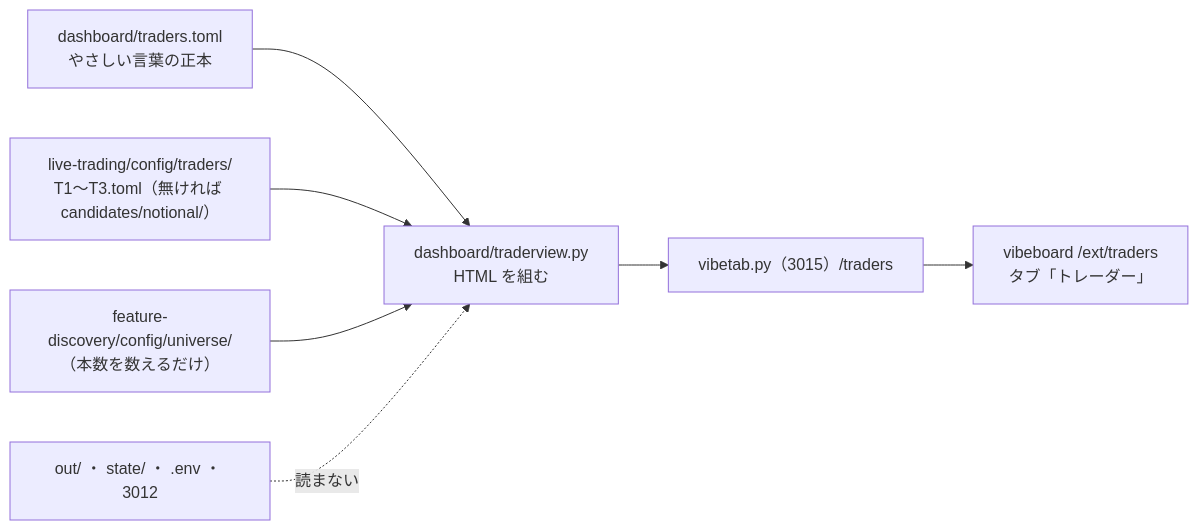
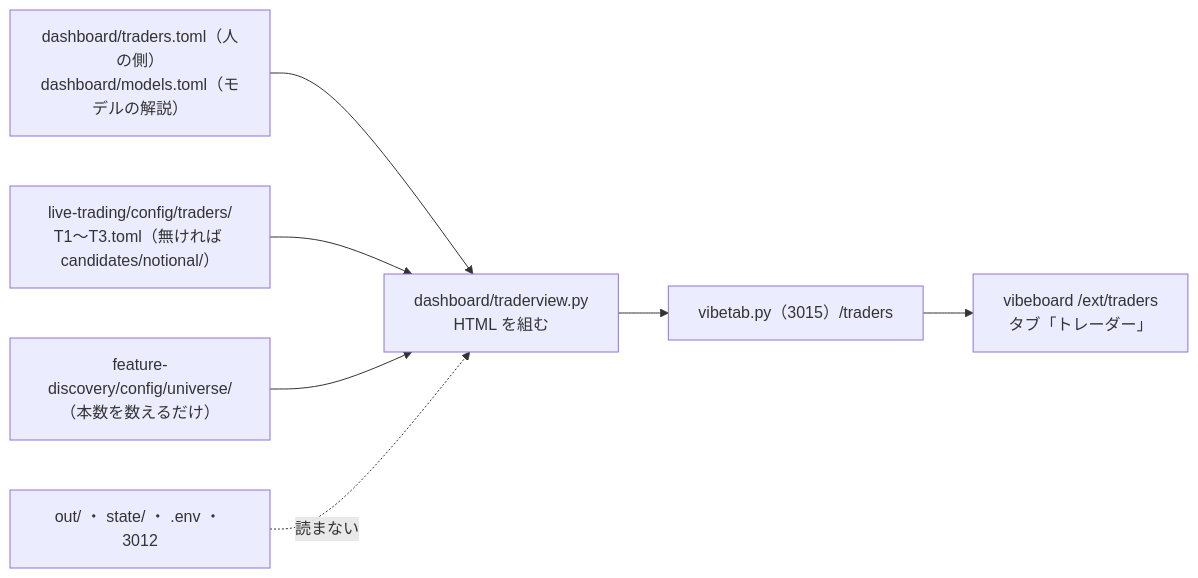
Diagram 15 of 17 in docs/specs/dashboard.md (akiraak/ai-income-lab), drawn with Mermaid before and after one commit. The commit also changed other lines of this file and 16 other files, not shown here.

First line of the commit message:
vibeboard に「システム説明」（先頭）と「予測モデル」のタブを足した — モデルの言葉の正本を models.toml に分け、「点」を「出力スコア」に直した

````diff
--- a/docs/specs/dashboard.md
+++ b/docs/specs/dashboard.md
@@ -856,9 +860,9 @@
 ```mermaid
 flowchart LR
-  W["dashboard/traders.toml<br/>やさしい言葉の正本"] --> V["dashboard/traderview.py<br/>HTML を組む"]
+  W["dashboard/traders.toml（人の側）<br/>dashboard/models.toml（モデルの解説）"] --> V["dashboard/traderview.py<br/>HTML を組む"]
   C["live-trading/config/traders/<br/>T1〜T3.toml（無ければ candidates/notional/）"] --> V
   U["feature-discovery/config/universe/<br/>（本数を数えるだけ）"] --> V
   V --> S["vibetab.py（3015）/traders"]
   S --> B["vibeboard /ext/traders<br/>タブ「トレーダー」"]
   X["out/ ・ state/ ・ .env ・ 3012"] -. "読まない" .-> V
 ```
````
